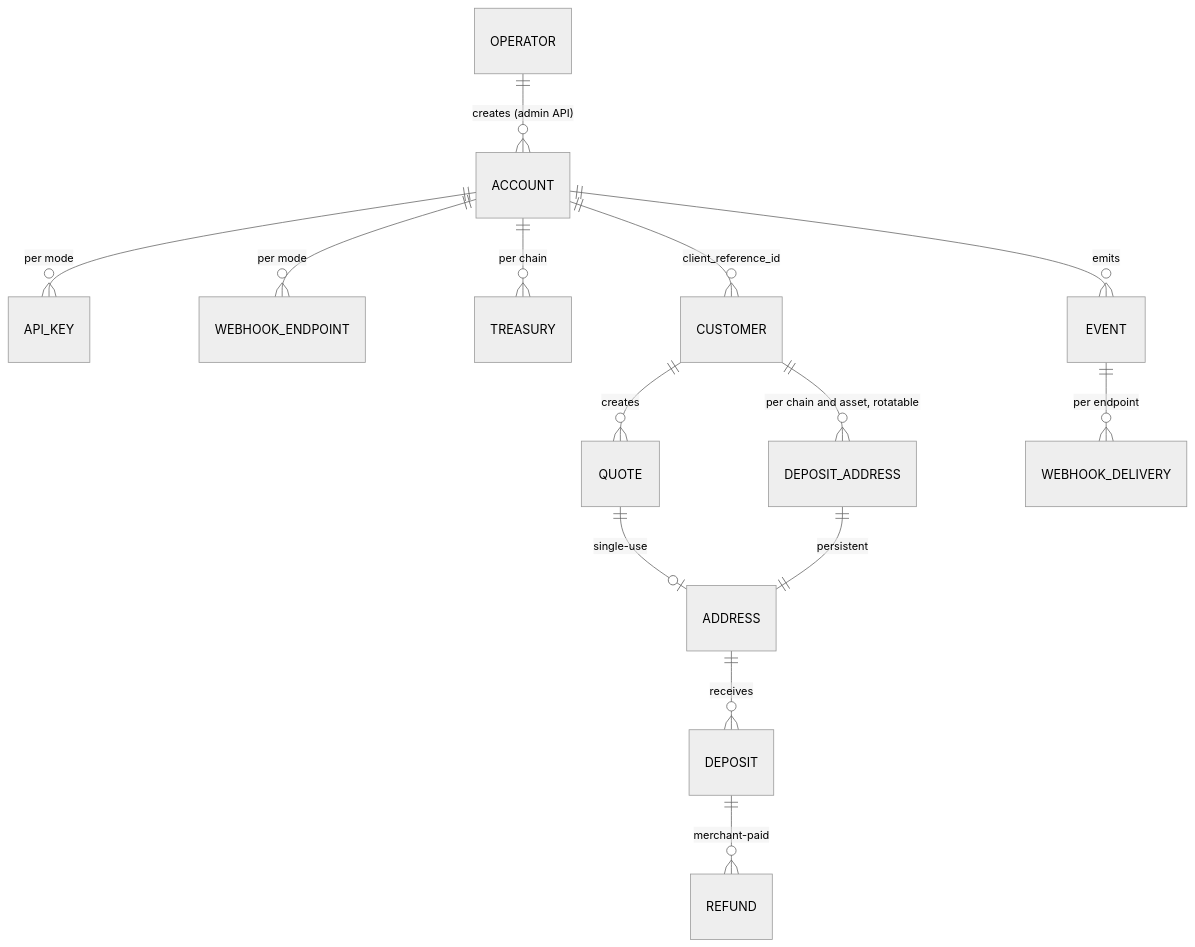
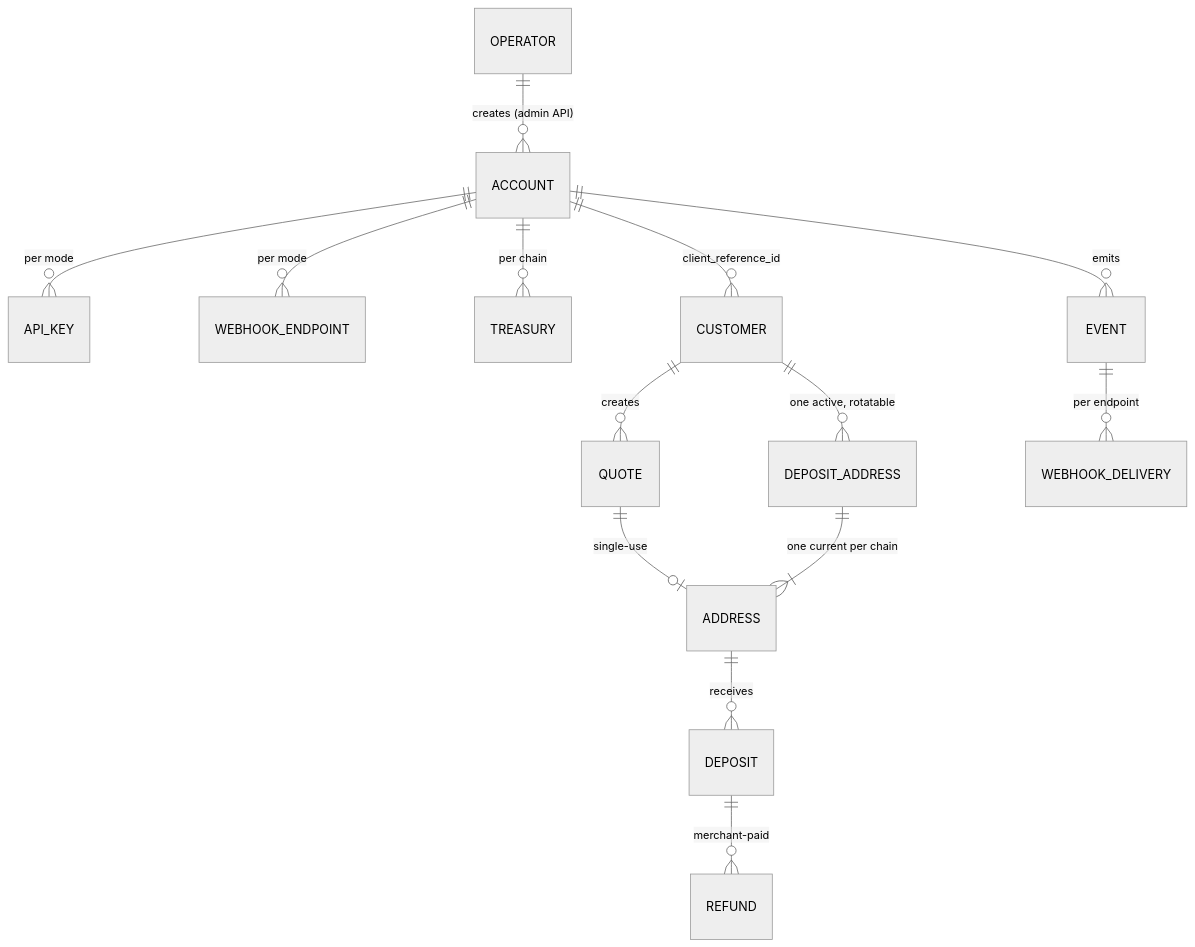
One commit to Phala-Network/crypto-topup-service changed the second of 3 diagrams in docs/design/multi-tenant.md. Above: the diagram before and after it, drawn with Mermaid (neutral theme). The commit also changed other lines of this file and 42 other files, not shown here.

First line of the commit message:
feat: one deposit address per customer across all chains and assets (D16 amendment) (#196)

````diff
--- a/docs/design/multi-tenant.md
+++ b/docs/design/multi-tenant.md
@@ -315,16 +359,16 @@
 ```mermaid
 erDiagram
     OPERATOR ||--o{ ACCOUNT : "creates (admin API)"
     ACCOUNT ||--o{ API_KEY : "per mode"
     ACCOUNT ||--o{ WEBHOOK_ENDPOINT : "per mode"
     ACCOUNT ||--o{ TREASURY : "per chain"
     ACCOUNT ||--o{ CUSTOMER : "client_reference_id"
     CUSTOMER ||--o{ QUOTE : creates
-    CUSTOMER ||--o{ DEPOSIT_ADDRESS : "per chain and asset, rotatable"
+    CUSTOMER ||--o{ DEPOSIT_ADDRESS : "one active, rotatable"
     QUOTE ||--o| ADDRESS : "single-use"
-    DEPOSIT_ADDRESS ||--|| ADDRESS : "persistent"
+    DEPOSIT_ADDRESS ||--|{ ADDRESS : "one current per chain"
     ADDRESS ||--o{ DEPOSIT : receives
     DEPOSIT ||--o{ REFUND : "merchant-paid"
     ACCOUNT ||--o{ EVENT : emits
     EVENT ||--o{ WEBHOOK_DELIVERY : "per endpoint"
 ```
````
